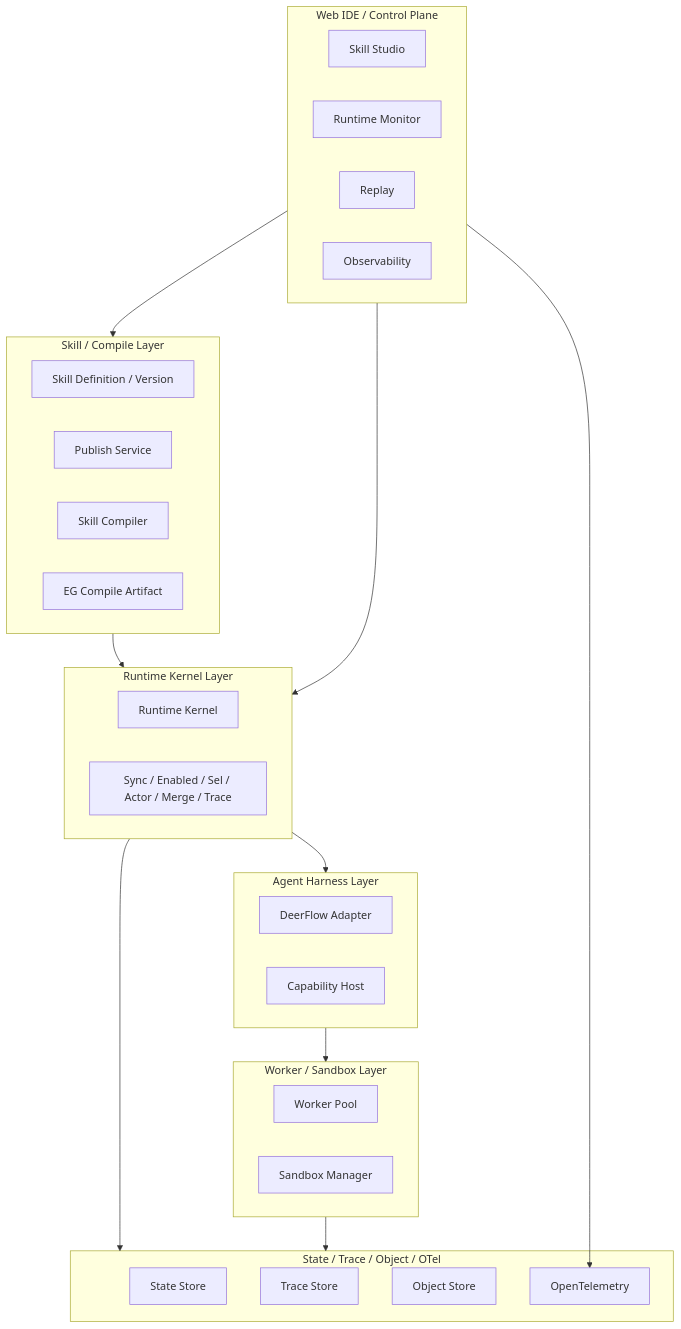
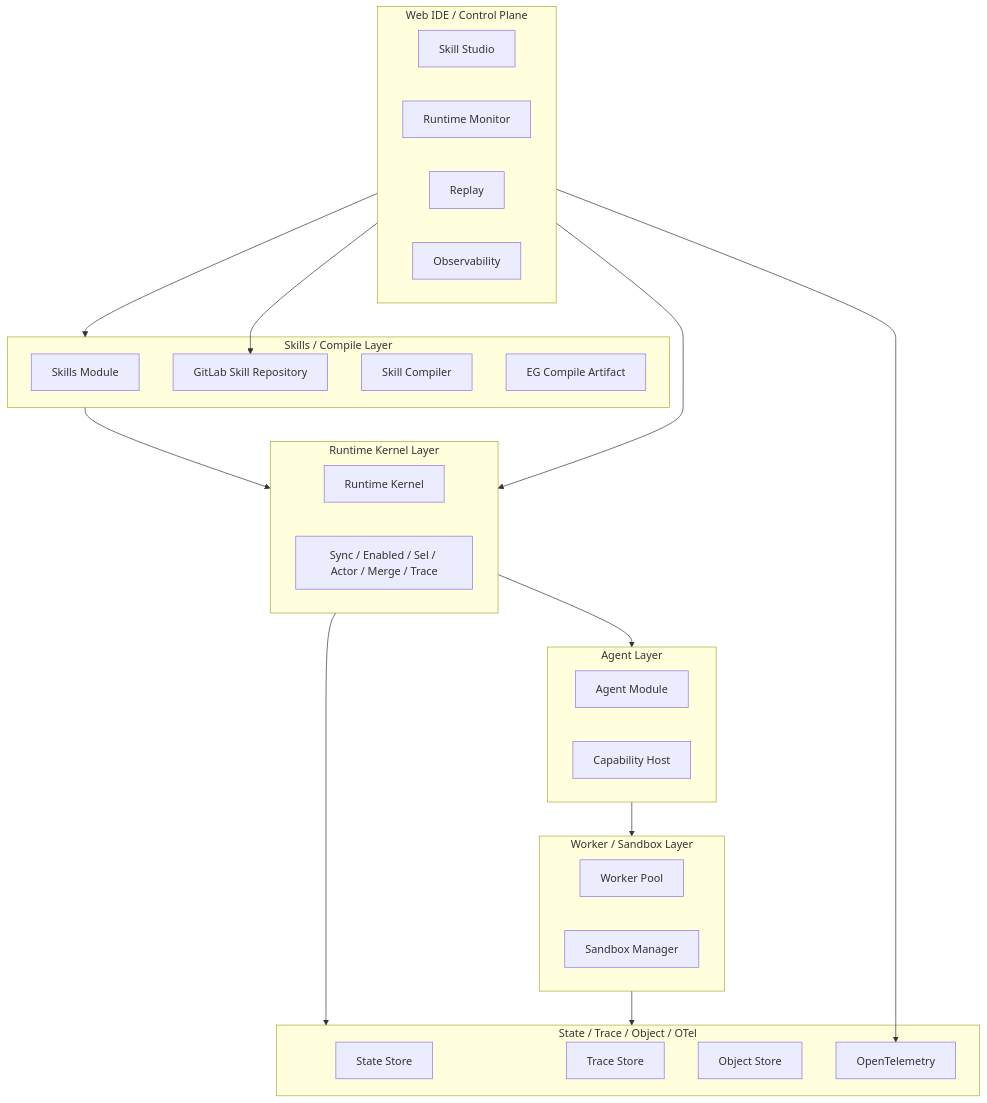
One commit to servforce/psop changed the diagram in docs/PSOP概要设计v1.md. Above: the diagram before and after it, drawn with Mermaid. The commit also changed other lines of this file and 2 other files, not shown here.

````diff
--- a/docs/PSOP概要设计v1.md
+++ b/docs/PSOP概要设计v1.md
@@ -86,47 +86,48 @@
 ```mermaid
 flowchart TB
     subgraph Web["Web IDE / Control Plane"]
         SkillStudio["Skill Studio"]
         RuntimeUI["Runtime Monitor"]
         ReplayUI["Replay"]
         ObsUI["Observability"]
     end
 
-    subgraph Authoring["Skill / Compile Layer"]
-        SkillRepo["Skill Definition / Version"]
-        PublishSvc["Publish Service"]
+    subgraph Authoring["Skills / Compile Layer"]
+        SkillRepo["Skills Module"]
+        GitLabRepo["GitLab Skill Repository"]
         Compiler["Skill Compiler"]
         EGArtifact["EG Compile Artifact"]
     end
 
     subgraph Runtime["Runtime Kernel Layer"]
         RuntimeKernel["Runtime Kernel"]
         Scheduler["Sync / Enabled / Sel / Actor / Merge / Trace"]
     end
 
-    subgraph Harness["Agent Harness Layer"]
-        DeerAdapter["DeerFlow Adapter"]
+    subgraph Agents["Agent Layer"]
+        AgentModule["Agent Module"]
         CapabilityHost["Capability Host"]
     end
 
     subgraph Exec["Worker / Sandbox Layer"]
         WorkerPool["Worker Pool"]
         SandboxMgr["Sandbox Manager"]
     end
 
     subgraph Store["State / Trace / Object / OTel"]
         StateStore["State Store"]
         TraceStore["Trace Store"]
         ObjectStore["Object Store"]
         OTel["OpenTelemetry"]
     end
 
     Web --> Authoring
     Authoring --> Runtime
     Web --> Runtime
-    Runtime --> Harness
-    Harness --> Exec
+    Web --> GitLabRepo
+    Runtime --> Agents
+    Agents --> Exec
     Runtime --> Store
     Exec --> Store
     Web --> OTel
 ```
````
